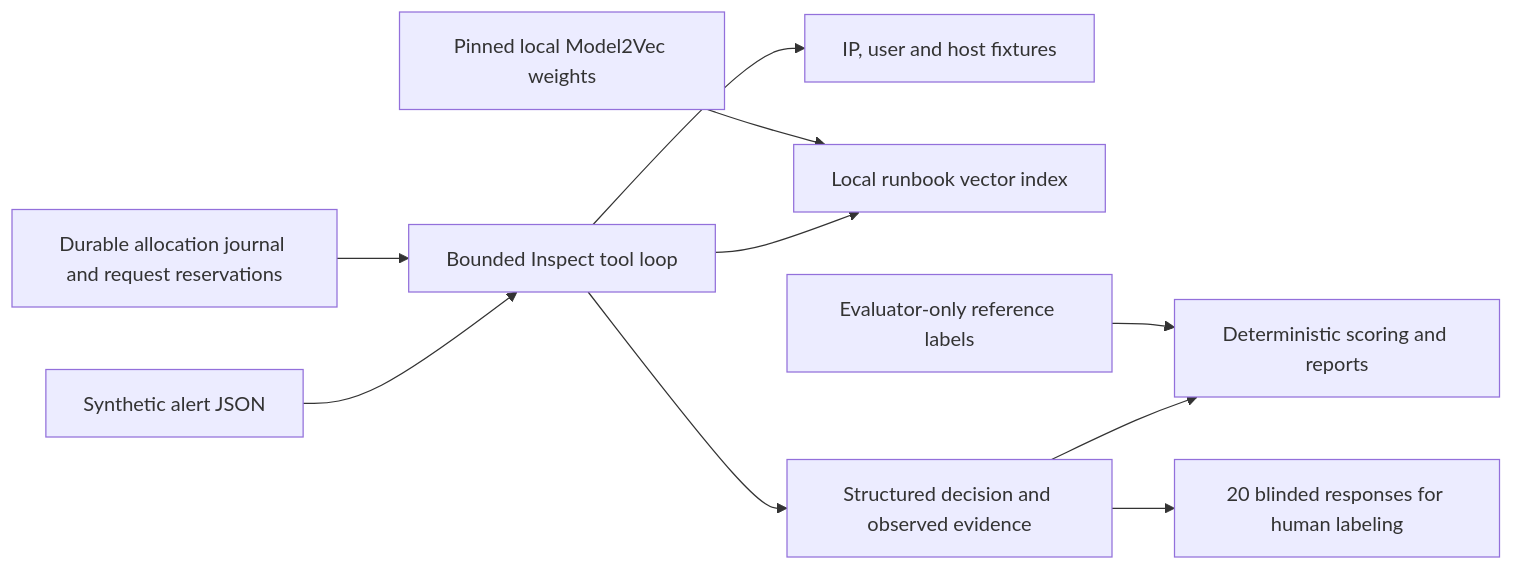
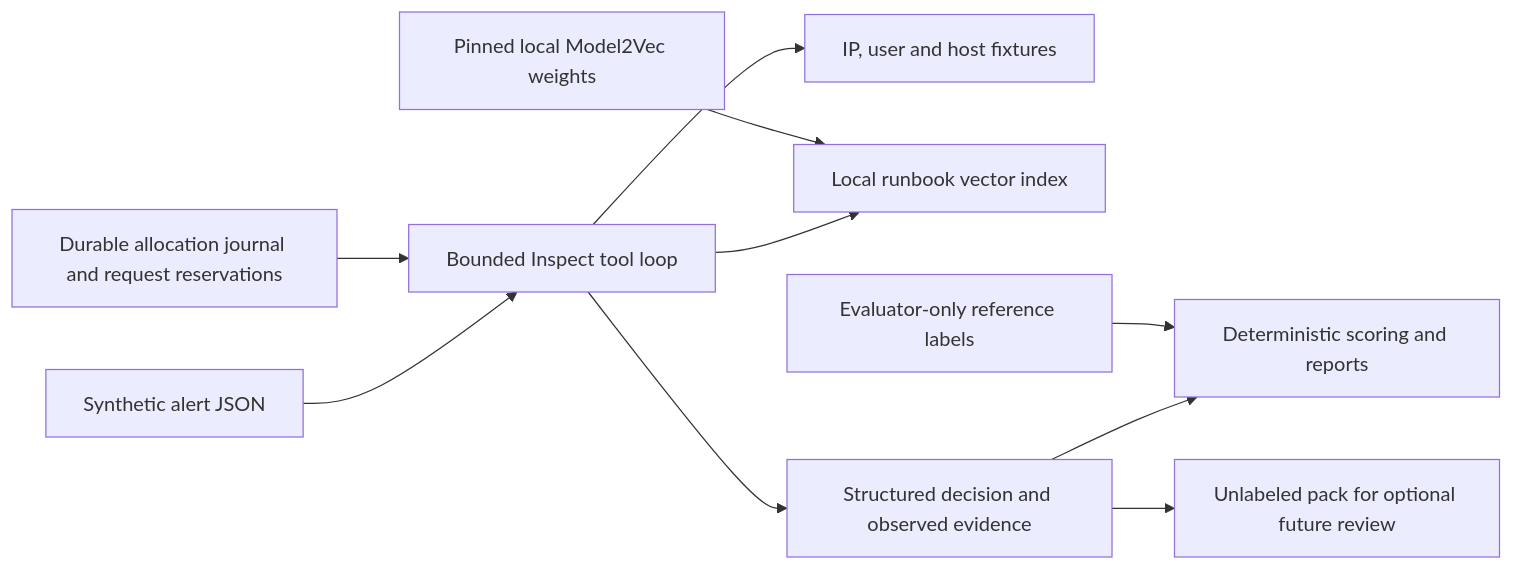
The diagram in README.md (JordanG2D/soc-triage-evals), drawn with Mermaid before and after one commit. The commit also changed other lines of this file and 4 other files, not shown here.

````diff
--- a/README.md
+++ b/README.md
@@ -7,12 +9,12 @@
 ```mermaid
 flowchart LR
   A[Synthetic alert JSON] --> B[Bounded Inspect tool loop]
   B --> C[IP, user and host fixtures]
   B --> D[Local runbook vector index]
   E[Pinned local Model2Vec weights] --> D
   B --> F[Structured decision and observed evidence]
   F --> G[Deterministic scoring and reports]
   H[Evaluator-only reference labels] --> G
-  F --> I[20 blinded responses for human labeling]
+  F --> I[Unlabeled pack for optional future review]
   J[Durable allocation journal and request reservations] --> B
 ```
````
